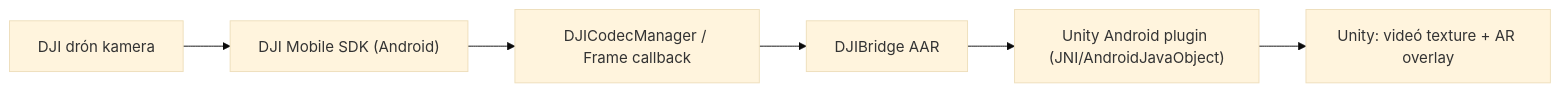
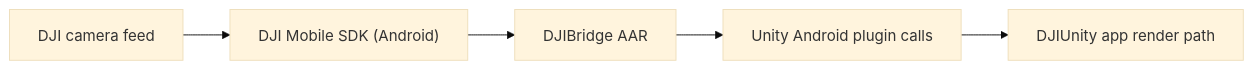
One commit to bettirsch/DJIBridge changed the diagram in README.md. Above: the diagram before and after it, drawn with Mermaid (base theme). The commit also changed other lines of this file and 7 other files, not shown here.

Commit message:
Harden DJI SDK startup and externalize the Android API key

````diff
--- a/README.md
+++ b/README.md
@@ -17,8 +15,7 @@
 ```mermaid
 flowchart LR
-  A["DJI drón kamera"] --> B["DJI Mobile SDK (Android)"]
-  B --> C["DJICodecManager / Frame callback"]
-  C --> D["DJIBridge AAR"]
-  D --> E["Unity Android plugin (JNI/AndroidJavaObject)"]
-  E --> F["Unity: videó texture + AR overlay"]
+  A["DJI camera feed"] --> B["DJI Mobile SDK (Android)"]
+  B --> C["DJIBridge AAR"]
+  C --> D["Unity Android plugin calls"]
+  D --> E["DJIUnity app render path"]
 ```
````
